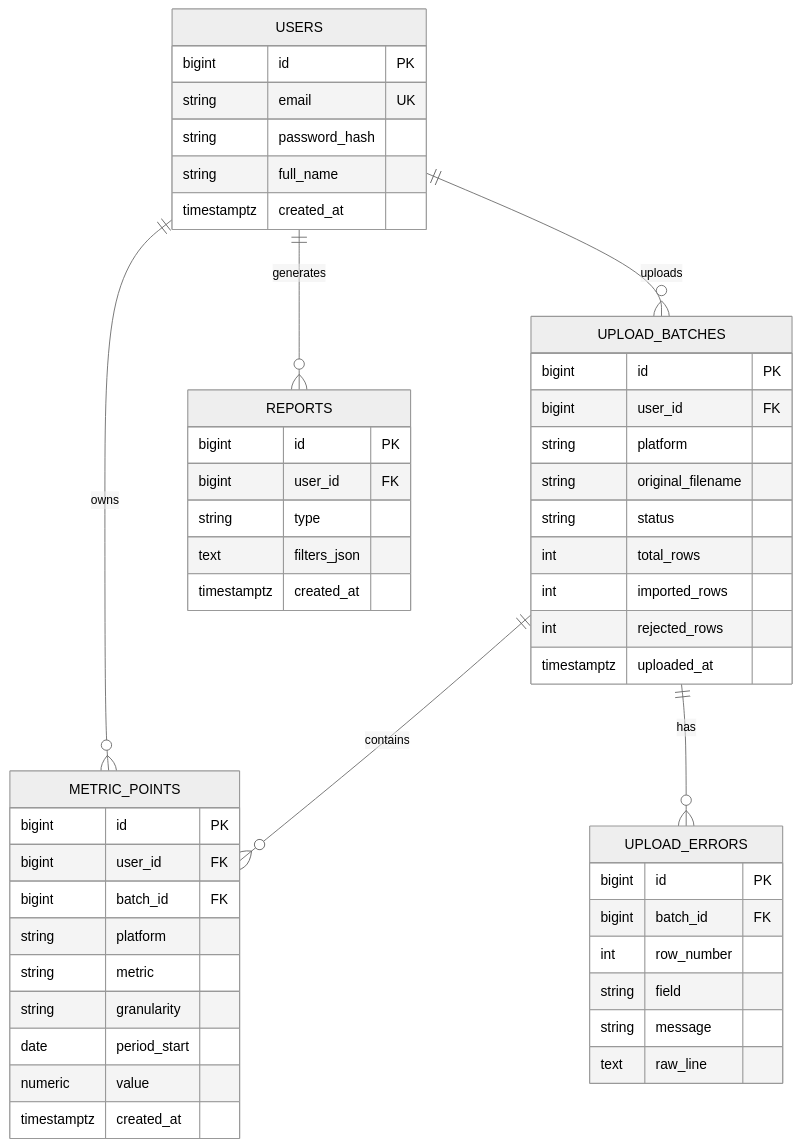
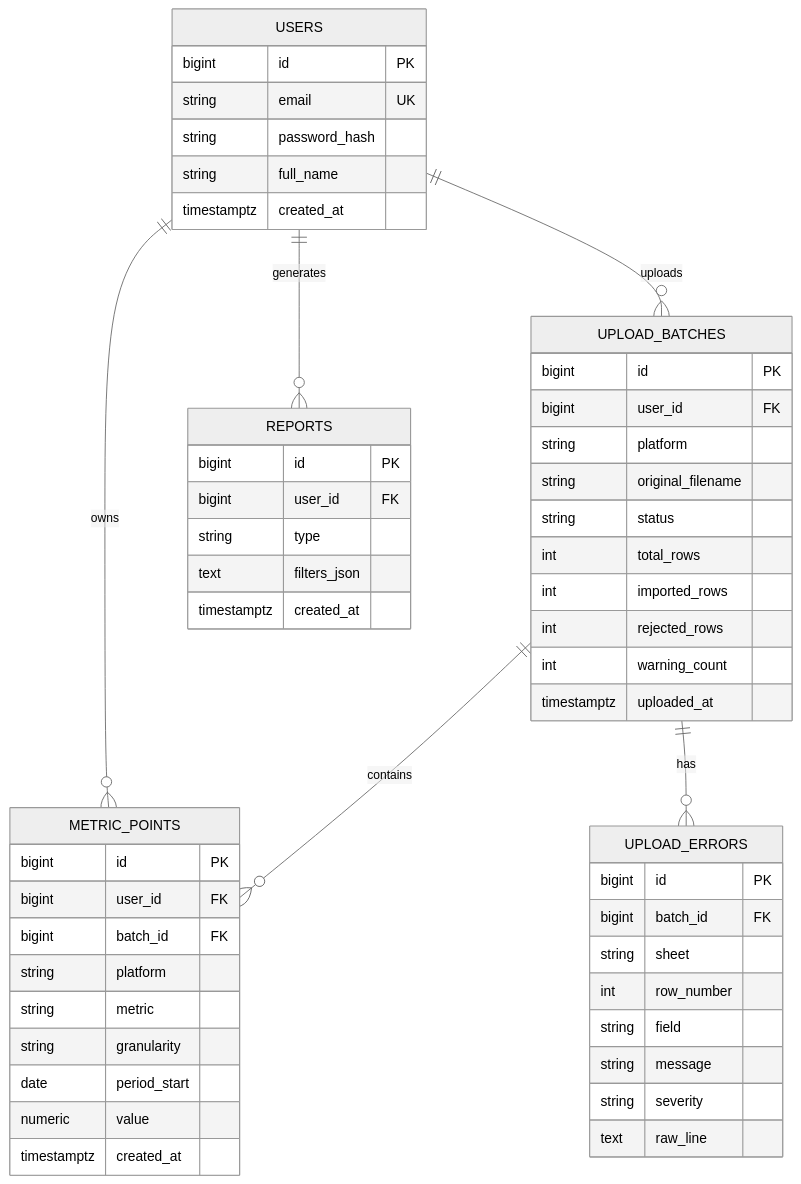
The diagram in docs/er-diagram.md (Aslan049/Social-Pulse-Project), drawn with Mermaid (neutral theme) before and after one commit. The commit also changed other lines of this file and 16 other files, not shown here.

````diff
--- a/docs/er-diagram.md
+++ b/docs/er-diagram.md
@@ -6,53 +6,56 @@
 ```mermaid
 erDiagram
     USERS ||--o{ UPLOAD_BATCHES : uploads
     USERS ||--o{ METRIC_POINTS : owns
     USERS ||--o{ REPORTS : generates
     UPLOAD_BATCHES ||--o{ METRIC_POINTS : contains
     UPLOAD_BATCHES ||--o{ UPLOAD_ERRORS : has
 
     USERS {
         bigint id PK
         string email UK
         string password_hash
         string full_name
         timestamptz created_at
     }
     UPLOAD_BATCHES {
         bigint id PK
         bigint user_id FK
         string platform
         string original_filename
         string status
         int total_rows
         int imported_rows
         int rejected_rows
+        int warning_count
         timestamptz uploaded_at
     }
     UPLOAD_ERRORS {
         bigint id PK
         bigint batch_id FK
+        string sheet
         int row_number
         string field
         string message
+        string severity
         text raw_line
     }
     METRIC_POINTS {
         bigint id PK
         bigint user_id FK
         bigint batch_id FK
         string platform
         string metric
         string granularity
         date period_start
         numeric value
         timestamptz created_at
     }
     REPORTS {
         bigint id PK
         bigint user_id FK
         string type
         text filters_json
         timestamptz created_at
     }
 ```
````
